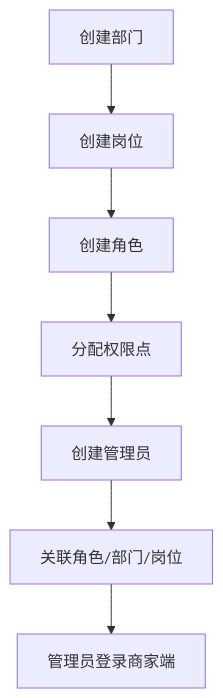
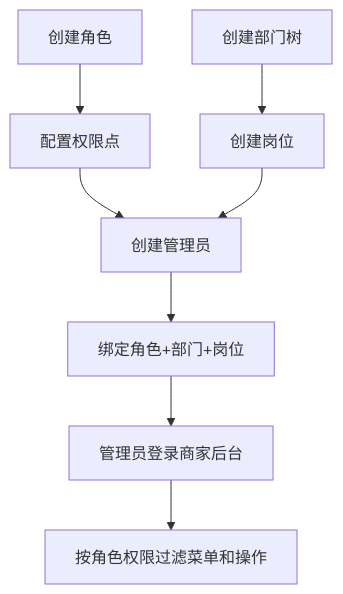
One commit to aliquanhou/tllos-mall changed the diagram in backend/resources/docs/modules/merchant/permission.md. Above: the diagram before and after it, drawn with Mermaid. The commit also changed other lines of this file and 7 other files, not shown here.

````diff
--- a/backend/resources/docs/modules/merchant/permission.md
+++ b/backend/resources/docs/modules/merchant/permission.md
@@ -80,9 +98,10 @@
 ```mermaid
 flowchart TD
-    A[创建部门] --> B[创建岗位]
-    B --> C[创建角色]
-    C --> D[分配权限点]
-    D --> E[创建管理员]
-    E --> F[关联角色/部门/岗位]
-    F --> G[管理员登录商家端]
+    A[创建角色] --> B[配置权限点]
+    C[创建部门树] --> D[创建岗位]
+    B --> E[创建管理员]
+    D --> E
+    E --> F[绑定角色+部门+岗位]
+    F --> G[管理员登录商家后台]
+    G --> H[按角色权限过滤菜单和操作]
 ```
````
